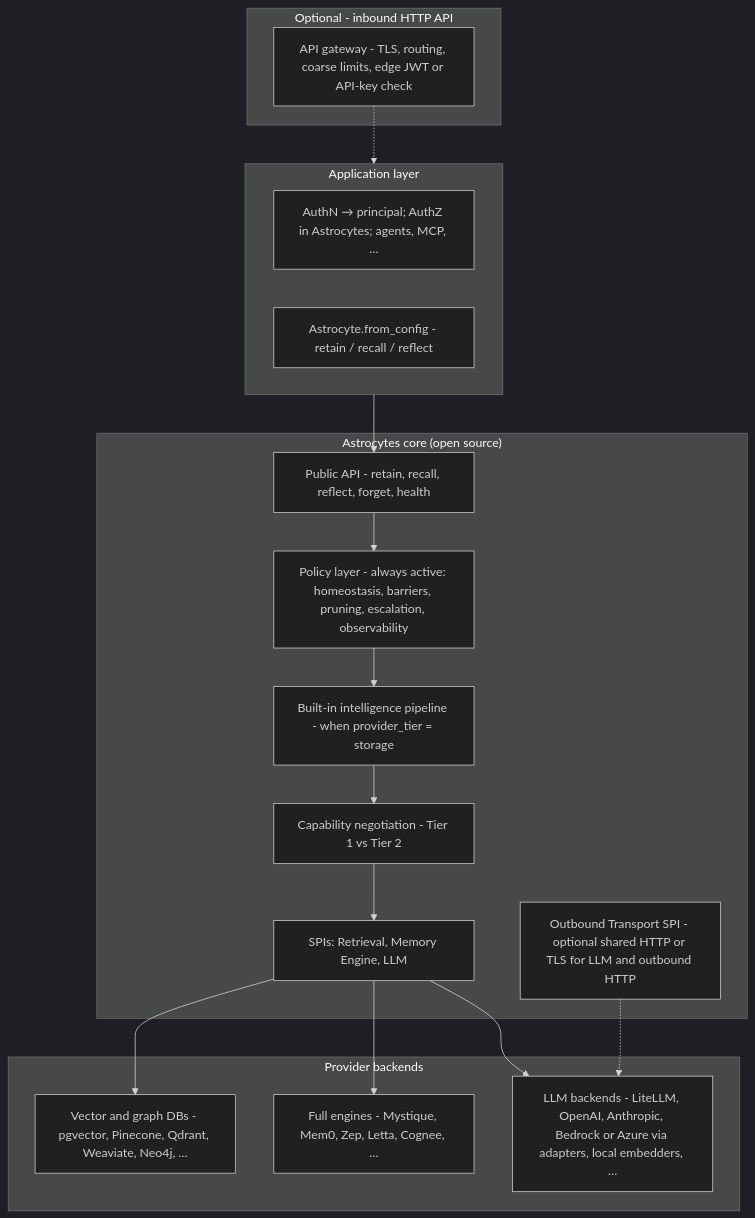
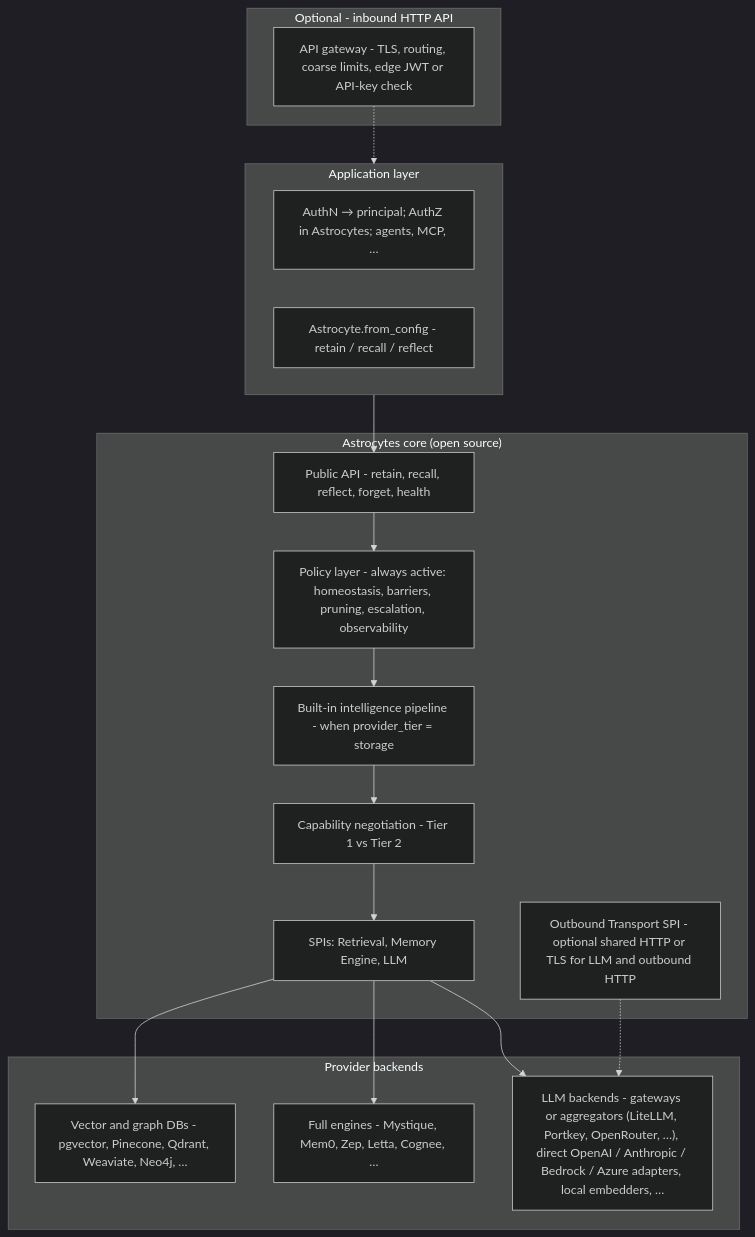
One commit to AstrocyteAI/astrocyte changed the second of 5 diagrams in docs/_design/architecture-framework.md. Above: the diagram before and after it, drawn with Mermaid (dark theme). The commit also changed other lines of this file and 12 other files, not shown here.

````diff
--- a/docs/_design/architecture-framework.md
+++ b/docs/_design/architecture-framework.md
@@ -80,35 +80,35 @@
 ```mermaid
 flowchart TB
   subgraph EDGE["Optional - inbound HTTP API"]
     APIGW[API gateway - TLS, routing, coarse limits, edge JWT or API-key check]
   end
 
   subgraph APP["Application layer"]
     APP1["AuthN → principal; AuthZ in Astrocytes; agents, MCP, …"]
     APP2["Astrocyte.from_config - retain / recall / reflect"]
   end
 
   subgraph CORE["Astrocytes core (open source)"]
     API["Public API - retain, recall, reflect, forget, health"]
     POL["Policy layer - always active: homeostasis, barriers, pruning, escalation, observability"]
     PIPE["Built-in intelligence pipeline - when provider_tier = storage"]
     CAP["Capability negotiation - Tier 1 vs Tier 2"]
     SPI["SPIs: Retrieval, Memory Engine, LLM"]
     OTX["Outbound Transport SPI - optional shared HTTP or TLS for LLM and outbound HTTP"]
   end
 
   subgraph BACK["Provider backends"]
     VEC["Vector and graph DBs - pgvector, Pinecone, Qdrant, Weaviate, Neo4j, …"]
     ENG["Full engines - Mystique, Mem0, Zep, Letta, Cognee, …"]
-    LLM["LLM backends - LiteLLM, OpenAI, Anthropic, Bedrock or Azure via adapters, local embedders, …"]
+    LLM["LLM backends - gateways or aggregators (LiteLLM, Portkey, OpenRouter, …), direct OpenAI / Anthropic / Bedrock / Azure adapters, local embedders, …"]
   end
 
   APP --> API
   API --> POL --> PIPE --> CAP --> SPI
   SPI --> VEC
   SPI --> ENG
   SPI --> LLM
   OTX -.-> LLM
 
   APIGW -.-> APP
 ```
````
